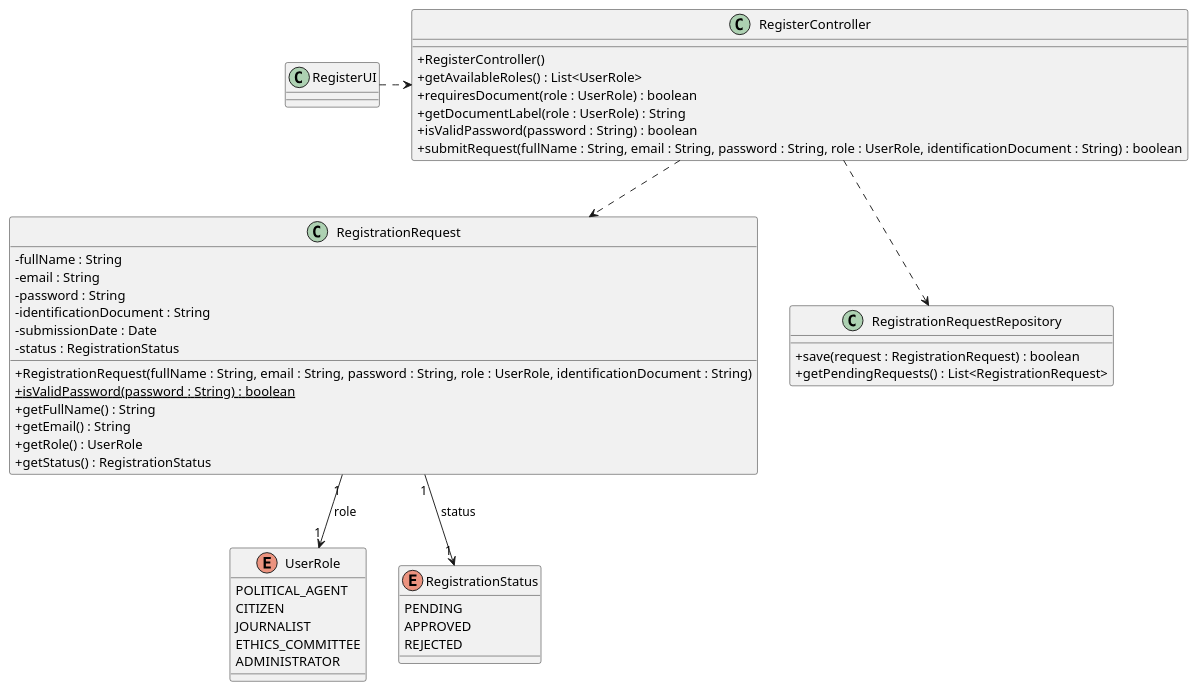
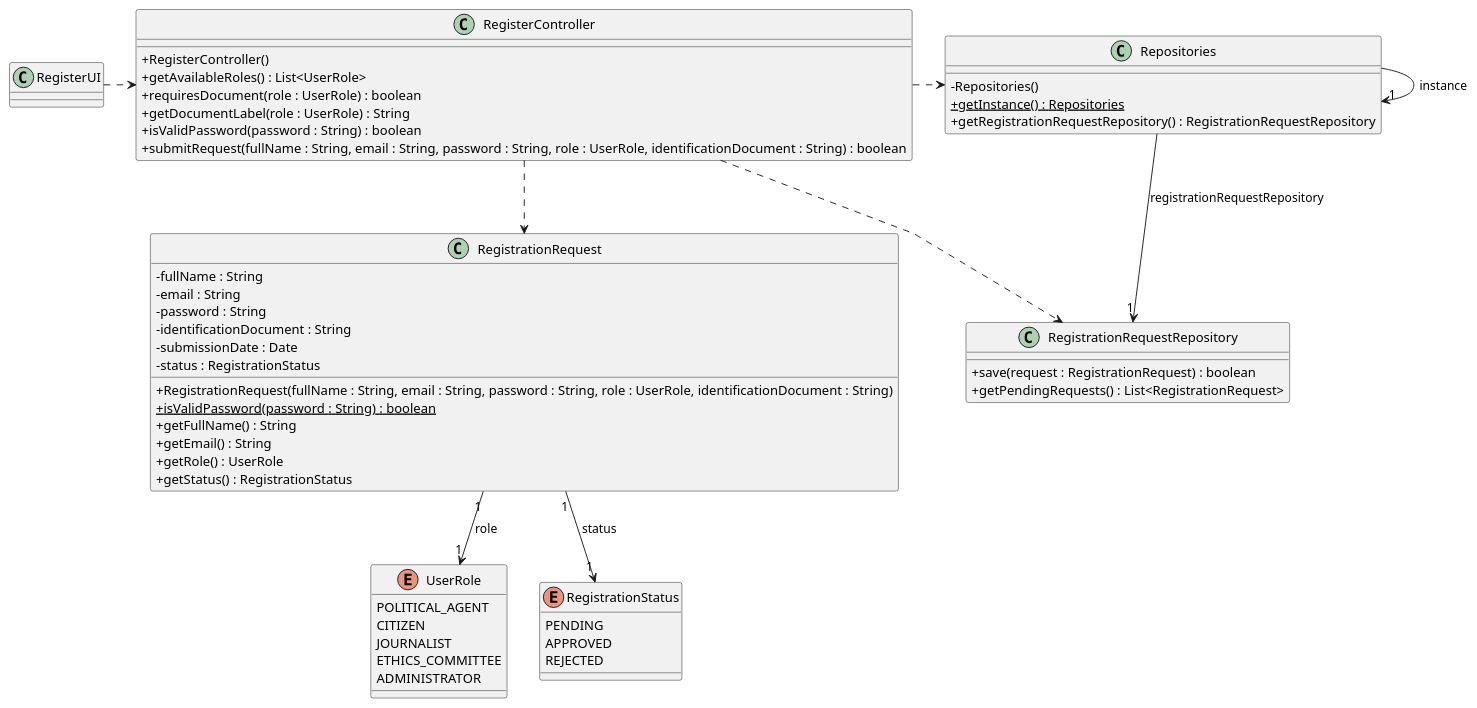
The diagram in docs/system-documentation/US01/03.design/puml/US01-CD.puml (brunodspinto/crystal-clear-platform), drawn with PlantUML before and after one commit. The commit also changed 11 other files, not shown here.

Commit message:
Updated design diagrams and svgs

```diff
--- a/docs/system-documentation/US01/03.design/puml/US01-CD.puml
+++ b/docs/system-documentation/US01/03.design/puml/US01-CD.puml
@@ -1,59 +1,68 @@
 @startuml US01-CD
 skinparam packageStyle rectangle
 skinparam shadowing false
 skinparam linetype polyline
 skinparam classAttributeIconSize 0
 
 class RegisterUI {
 }
 
 class RegisterController {
     + RegisterController()
     + getAvailableRoles() : List<UserRole>
     + requiresDocument(role : UserRole) : boolean
     + getDocumentLabel(role : UserRole) : String
     + isValidPassword(password : String) : boolean
     + submitRequest(fullName : String, email : String, password : String, role : UserRole, identificationDocument : String) : boolean
 }
 
 class RegistrationRequest {
     - fullName : String
     - email : String
     - password : String
     - identificationDocument : String
     - submissionDate : Date
     - status : RegistrationStatus
     + RegistrationRequest(fullName : String, email : String, password : String, role : UserRole, identificationDocument : String)
     + {static} isValidPassword(password : String) : boolean
     + getFullName() : String
     + getEmail() : String
     + getRole() : UserRole
     + getStatus() : RegistrationStatus
 }
 
 class RegistrationRequestRepository {
     + save(request : RegistrationRequest) : boolean
     + getPendingRequests() : List<RegistrationRequest>
 }
 
+class Repositories {
+    - Repositories()
+    + {static} getInstance() : Repositories
+    + getRegistrationRequestRepository() : RegistrationRequestRepository
+}
+
 enum UserRole {
     POLITICAL_AGENT
     CITIZEN
     JOURNALIST
     ETHICS_COMMITTEE
     ADMINISTRATOR
 }
 
 enum RegistrationStatus {
     PENDING
     APPROVED
     REJECTED
 }
 
 RegisterUI .> RegisterController
+RegisterController .> Repositories
 RegisterController ..> RegistrationRequestRepository
 RegisterController ..> RegistrationRequest
+Repositories -> "1" Repositories : instance
+Repositories --> "1" RegistrationRequestRepository : registrationRequestRepository
 RegistrationRequest "1" --> "1" UserRole : role
 RegistrationRequest "1" --> "1" RegistrationStatus : status
 
 @enduml
```
